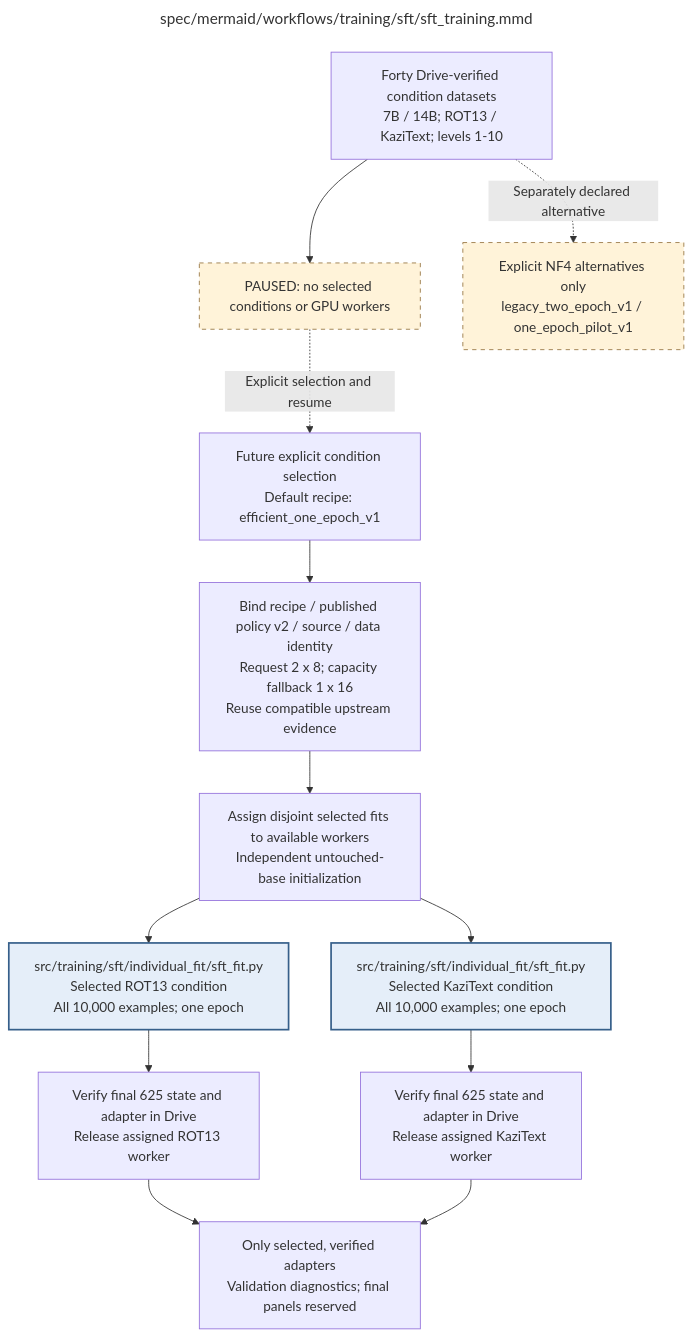
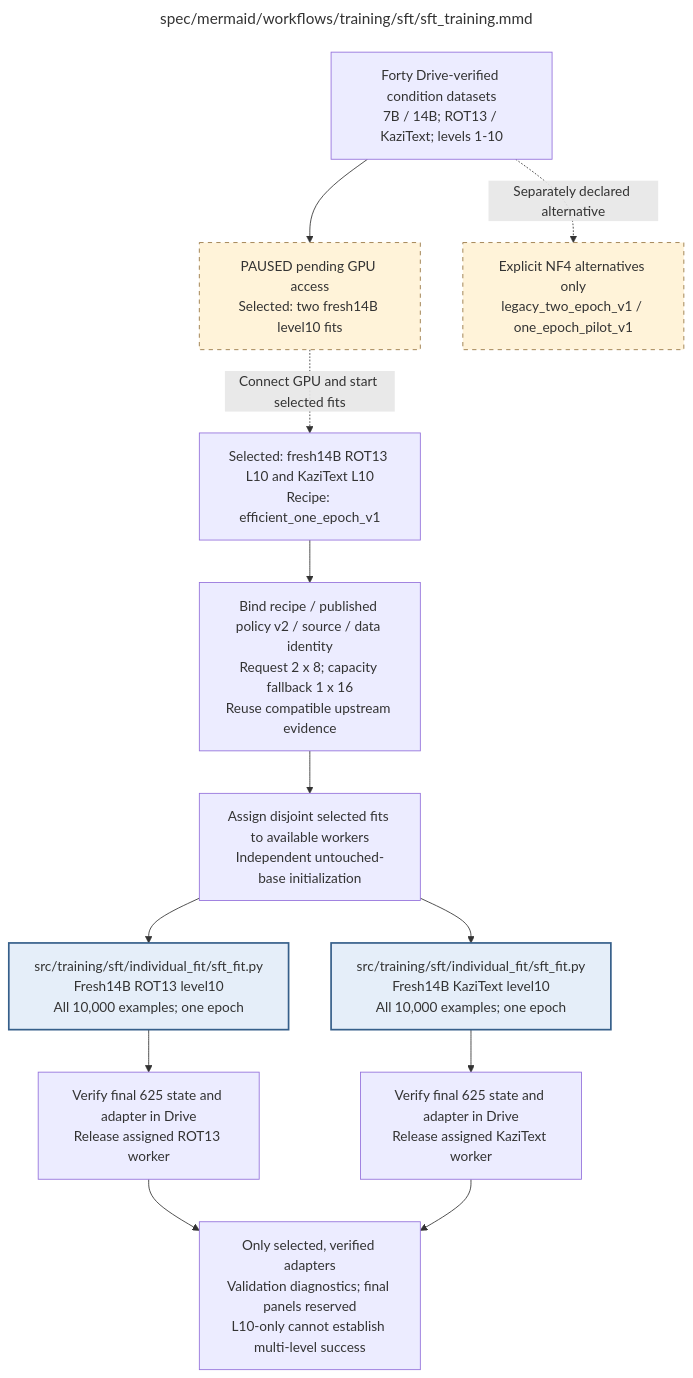
The diagram in docs/modules/training/sft/sft_training.md (AJUNNYC/inducing_persistent_textual_chain_of_thought_illegibility), drawn with Mermaid before and after one commit. The commit also changed other lines of this file and 26 other files, not shown here.

Commit message:
Document the selected two-fit 14B level-10 experiment

````diff
--- a/docs/modules/training/sft/sft_training.md
+++ b/docs/modules/training/sft/sft_training.md
@@ -83,45 +83,45 @@
 ```mermaid
 ---
 title: "spec/mermaid/workflows/training/sft/sft_training.mmd"
 ---
 flowchart TD
 %% Default efficient_one_epoch_v1 applies per explicitly selected fit.
-%% All forty conditions remain available; no model, family, level or GPU is selected.
-%% All training is PAUSED. No paid runtime allocation or benchmark campaign is implied.
+%% All forty conditions remain available; select two fresh14B fits: ROT13 L10 and KaziText L10.
+%% Training is PAUSED pending GPU access. No paid allocation or benchmark campaign is implied.
 %% One epoch: all 10,000 examples once, 625 updates, cosine horizon 625, warmup 19.
 %% Declared baseline: BF16 base/head, exact full-gradient CCE, SDPA, plain AdamW.
 %% Completion-only per-example weighting, full 4096 targets, LoRA and effective batch remain fixed.
 %% Policy v2 requests physical 2 x 8; capacity fallback 1 x 16 retains effective 16.
 %% Fresh duplicate-longest capacity order: 2/off, 1/off, 2/on, 1/on; exact resume keeps actual mode.
 %% Legacy NF4 one/two-epoch recipes retain separate source/configuration/state identities.
 %% Historical PRO/A100 partial checkpoints remain archives, never new-recipe warm starts.
 %% Native startup guards are not yet executed; 14B speed/memory remain unmeasured.
 %% Child: ROTFIT => individual_fit/sft_fit.mmd
 %% Child: KAZFIT => individual_fit/sft_fit.mmd
     INPUT["Forty Drive-verified condition datasets<br/>7B / 14B; ROT13 / KaziText; levels 1-10"]
-    PAUSE["PAUSED: no selected conditions or GPU workers"]
-    SELECT["Future explicit condition selection<br/>Default recipe: efficient_one_epoch_v1"]
+    PAUSE["PAUSED pending GPU access<br/>Selected: two fresh14B level10 fits"]
+    SELECT["Selected: fresh14B ROT13 L10 and KaziText L10<br/>Recipe: efficient_one_epoch_v1"]
     BIND["Bind recipe / published policy v2 / source / data identity<br/>Request 2 x 8; capacity fallback 1 x 16<br/>Reuse compatible upstream evidence"]
     PLAN["Assign disjoint selected fits to available workers<br/>Independent untouched-base initialization"]
-    ROTFIT["src/training/sft/individual_fit/sft_fit.py<br/>Selected ROT13 condition<br/>All 10,000 examples; one epoch"]
-    KAZFIT["src/training/sft/individual_fit/sft_fit.py<br/>Selected KaziText condition<br/>All 10,000 examples; one epoch"]
+    ROTFIT["src/training/sft/individual_fit/sft_fit.py<br/>Fresh14B ROT13 level10<br/>All 10,000 examples; one epoch"]
+    KAZFIT["src/training/sft/individual_fit/sft_fit.py<br/>Fresh14B KaziText level10<br/>All 10,000 examples; one epoch"]
     ROTDONE["Verify final 625 state and adapter in Drive<br/>Release assigned ROT13 worker"]
     KAZDONE["Verify final 625 state and adapter in Drive<br/>Release assigned KaziText worker"]
-    OUT["Only selected, verified adapters<br/>Validation diagnostics; final panels reserved"]
+    OUT["Only selected, verified adapters<br/>Validation diagnostics; final panels reserved<br/>L10-only cannot establish multi-level success"]
     LEGACY["Explicit NF4 alternatives only<br/>legacy_two_epoch_v1 / one_epoch_pilot_v1"]
     INPUT --> PAUSE
-    PAUSE -.->|Explicit selection and resume| SELECT --> BIND --> PLAN
+    PAUSE -.->|Connect GPU and start selected fits| SELECT --> BIND --> PLAN
     PLAN --> ROTFIT --> ROTDONE --> OUT
     PLAN --> KAZFIT --> KAZDONE --> OUT
     INPUT -.->|Separately declared alternative| LEGACY
     classDef detail fill:#e5eef9,stroke:#365f8a,stroke-width:2px
     class ROTFIT,KAZFIT detail
     classDef stop fill:#fff3d9,stroke:#95733f,stroke-dasharray:5 5
     class PAUSE,LEGACY stop
 
 %% Repository module: src/training/sft/sft_training.py
 %% Module documentation: docs/modules/training/sft/sft_training.md
 %% Unit test: tests/unit/training/sft/test_sft_training.py
 %% Owner: sft
 %% Source sections: C.2; E.1.1-E.1.3; E.2.2,E.2.5; authorized efficient redesign
 ```
````
